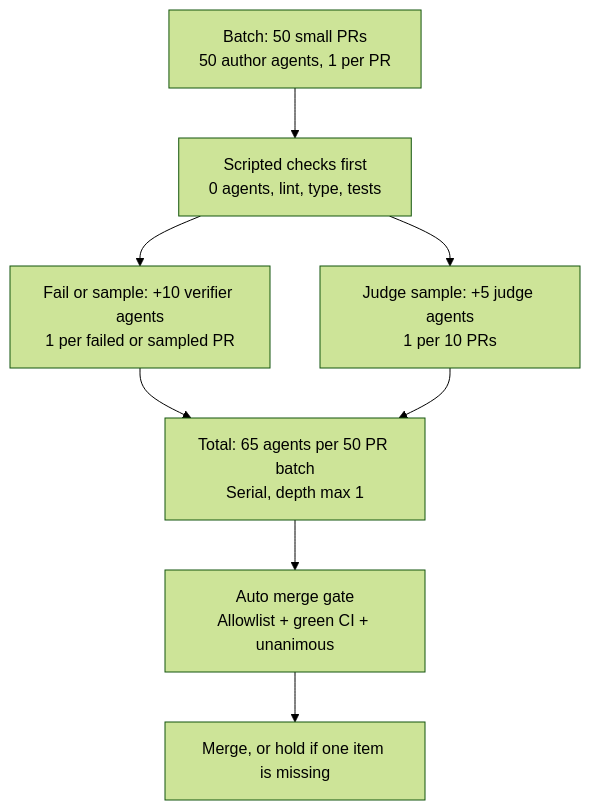
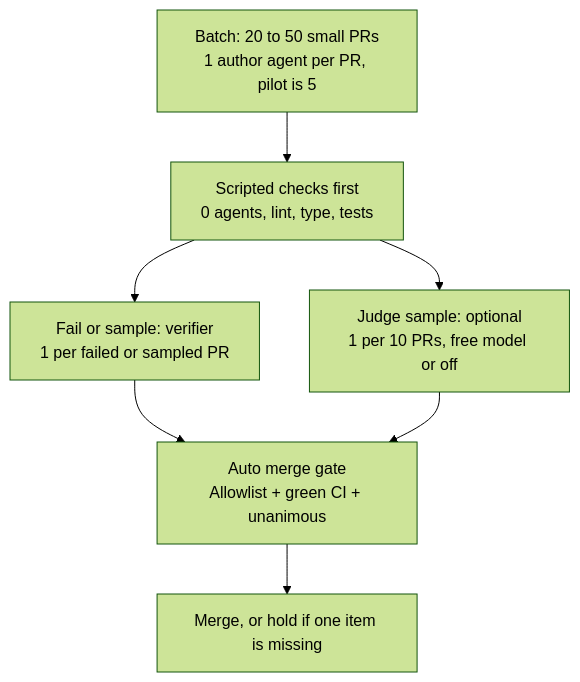
One commit to richardsondx/handover changed the third of 5 diagrams in README.md. Above: the diagram before and after it, drawn with Mermaid (forest theme). The commit also changed other lines of this file and 1 other file, not shown here.

Commit message:
docs(fleet): retitle flow figure to Fleet workflow, batch 20 to 50 not 50 by default
- Title was Fleet: how many agents, subtitle The count is the story, not the PR count, both formulaic and wrong
- Figure implied 50 PRs is the default, it is the max for a full batch, pilot is 5
- New figure shows the workflow: batch, scripted checks, verifier, judge sample, auto merge gate, merge or hold
- Judge is optional, free model or off, in the figure and the Mermaid diagram
- Agent counts moved to a footer note, not the headline

````diff
--- a/README.md
+++ b/README.md
@@ -131,10 +131,9 @@
 ```mermaid
 flowchart TB
-    A[Batch: 50 small PRs<br>50 author agents, 1 per PR] --> B[Scripted checks first<br>0 agents, lint, type, tests]
-    B --> C[Fail or sample: +10 verifier agents<br>1 per failed or sampled PR]
-    B --> D[Judge sample: +5 judge agents<br>1 per 10 PRs]
-    C --> E[Total: 65 agents per 50 PR batch<br>Serial, depth max 1]
+    A[Batch: 20 to 50 small PRs<br>1 author agent per PR, pilot is 5] --> B[Scripted checks first<br>0 agents, lint, type, tests]
+    B --> C[Fail or sample: verifier<br>1 per failed or sampled PR]
+    B --> D[Judge sample: optional<br>1 per 10 PRs, free model or off]
+    C --> E[Auto merge gate<br>Allowlist + green CI + unanimous]
     D --> E
-    E --> F[Auto merge gate<br>Allowlist + green CI + unanimous]
-    F --> G[Merge, or hold if one item is missing]
+    E --> F[Merge, or hold if one item is missing]
 ```
````
